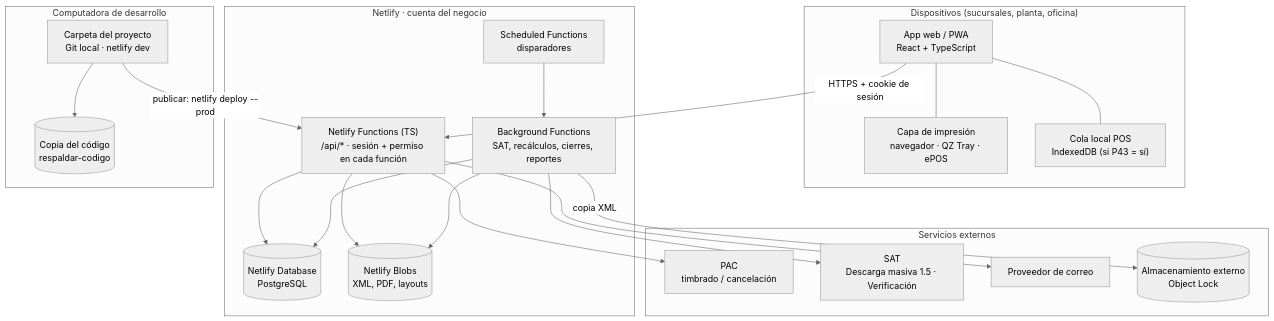
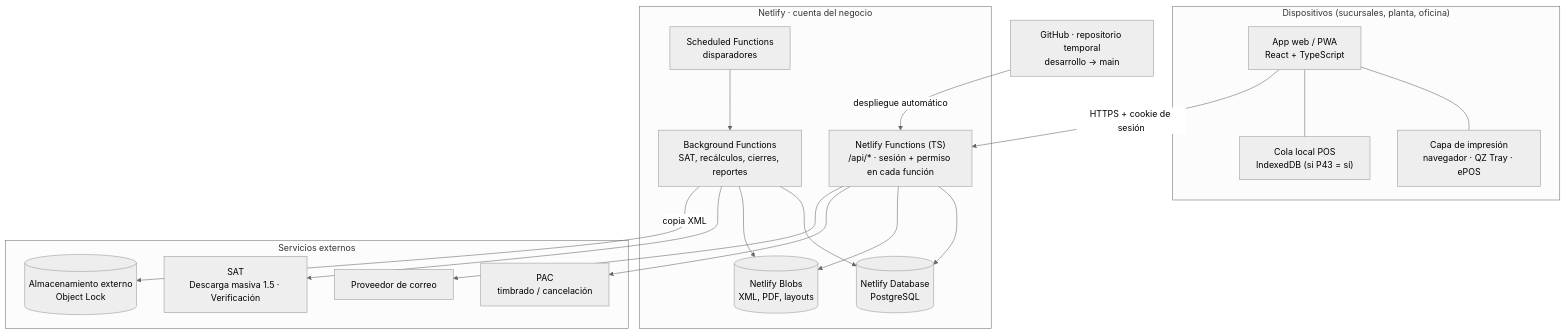
One commit to carsam68-MonheyB/SAS-EL-PAN-DE-CADA-DIA changed the first of 11 diagrams in docs/fase-0/02-diseno-propuesto.md. Above: the diagram before and after it, drawn with Mermaid (neutral theme). The commit also changed other lines of this file and 4 other files, not shown here.

First line of the commit message:
Prompt versión 3 y Fase 0: GitHub y Netlify temporales para desarrollo

````diff
--- a/docs/fase-0/02-diseno-propuesto.md
+++ b/docs/fase-0/02-diseno-propuesto.md
@@ -153,39 +142,35 @@
 ```mermaid
 flowchart TB
   subgraph DISP["Dispositivos (sucursales, planta, oficina)"]
     UI["App web / PWA<br/>React + TypeScript"]
     IMP["Capa de impresión<br/>navegador · QZ Tray · ePOS"]
     OFF["Cola local POS<br/>IndexedDB (si P43 = sí)"]
     UI --- IMP
     UI --- OFF
   end
   subgraph NET["Netlify · cuenta del negocio"]
     API["Netlify Functions (TS)<br/>/api/* · sesión + permiso en cada función"]
     BG["Background Functions<br/>SAT, recálculos, cierres, reportes"]
     CRON["Scheduled Functions<br/>disparadores"]
     DB[("Netlify Database<br/>PostgreSQL")]
     BL[("Netlify Blobs<br/>XML, PDF, layouts")]
     API --> DB
     API --> BL
     CRON --> BG
     BG --> DB
     BG --> BL
   end
   subgraph EXT["Servicios externos"]
     PAC["PAC<br/>timbrado / cancelación"]
     SAT["SAT<br/>Descarga masiva 1.5 · Verificación"]
     MAIL["Proveedor de correo"]
     S3[("Almacenamiento externo<br/>Object Lock")]
   end
   UI -->|HTTPS + cookie de sesión| API
   API --> PAC
   BG --> SAT
   API --> MAIL
   BG -->|copia XML| S3
-  subgraph DEV["Computadora de desarrollo"]
-    PC["Carpeta del proyecto<br/>Git local · netlify dev"]
-    ZIP[("Copia del código<br/>respaldar-codigo")]
-    PC --> ZIP
-  end
-  PC -->|"publicar: netlify deploy --prod"| API
+  GH["GitHub · repositorio temporal<br/>desarrollo → main"]
+  GH -->|"despliegue automático"| API
 ```
````
